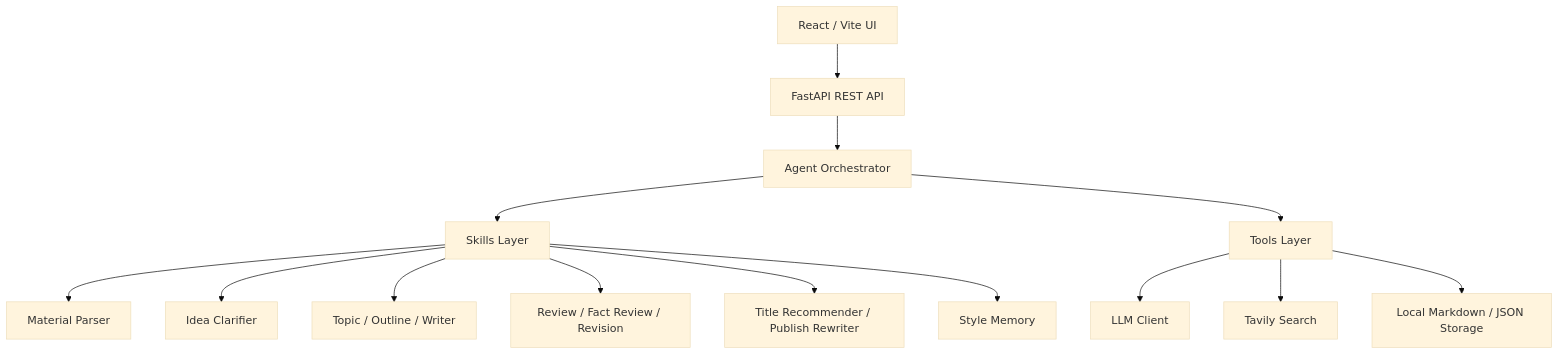
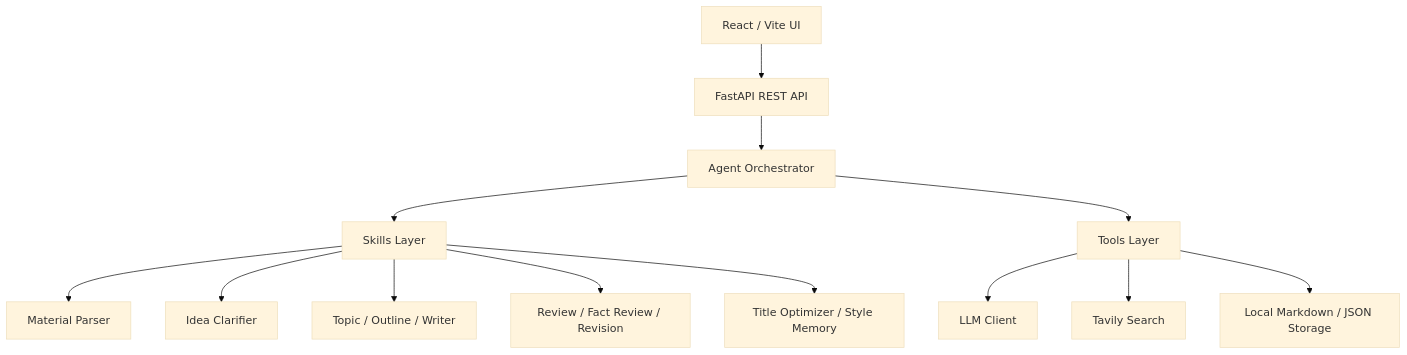
Before and after one commit to yuzhao6chen/NoteForge-AI: the second of 2 diagrams in README.md, drawn with Mermaid (base theme). The commit also changed other lines of this file and 18 other files, not shown here.

````diff
--- a/README.md
+++ b/README.md
@@ -86,16 +73,15 @@
 ```mermaid
 flowchart TB
   UI[React / Vite UI] --> API[FastAPI REST API]
   API --> Agent[Agent Orchestrator]
   Agent --> Skills[Skills Layer]
   Agent --> Tools[Tools Layer]
   Skills --> S1[Material Parser]
   Skills --> S2[Idea Clarifier]
   Skills --> S3[Topic / Outline / Writer]
   Skills --> S4[Review / Fact Review / Revision]
-  Skills --> S5[Title Recommender / Publish Rewriter]
-  Skills --> S6[Style Memory]
+  Skills --> S5[Title Optimizer / Style Memory]
   Tools --> T1[LLM Client]
   Tools --> T2[Tavily Search]
   Tools --> T3[Local Markdown / JSON Storage]
 ```
````
